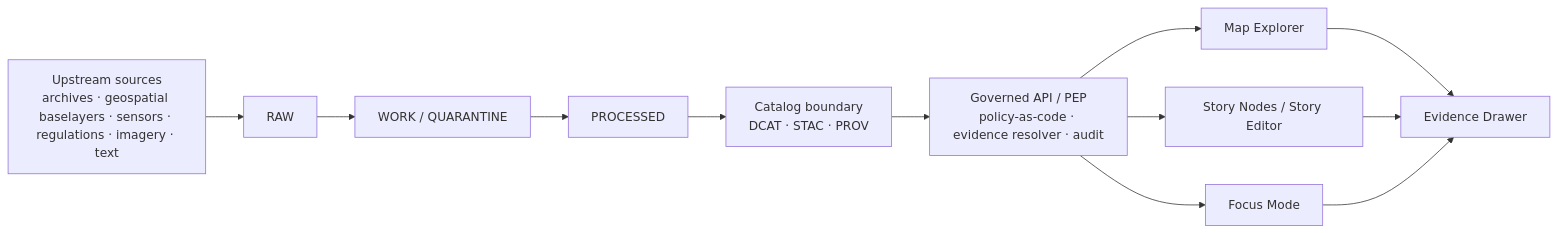
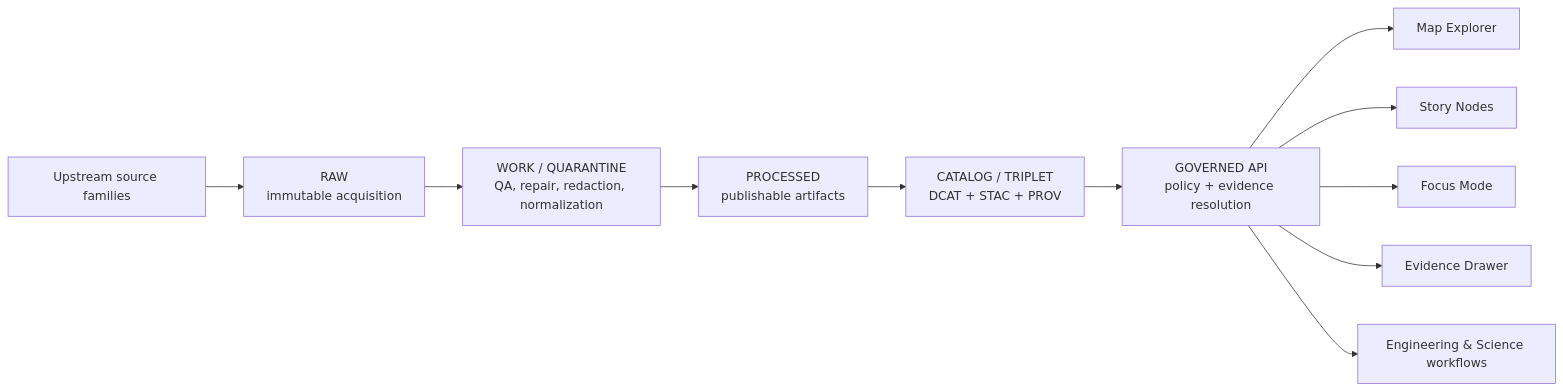
Before and after one commit to bartytime4life/Kansas-Frontier-Matrix: the diagram in README.md, drawn with Mermaid. The commit also changed other lines of this file, not shown here.

````diff
--- a/README.md
+++ b/README.md
@@ -239,14 +92,13 @@
 ```mermaid
 flowchart LR
-    A[Upstream sources<br/>archives · geospatial baselayers · sensors · regulations · imagery · text] --> B[RAW]
-    B --> C[WORK / QUARANTINE]
-    C --> D[PROCESSED]
-    D --> E[Catalog boundary<br/>DCAT · STAC · PROV]
-    E --> F[Governed API / PEP<br/>policy-as-code · evidence resolver · audit]
+    A[Upstream source families] --> B[RAW<br/>immutable acquisition]
+    B --> C[WORK / QUARANTINE<br/>QA, repair, redaction, normalization]
+    C --> D[PROCESSED<br/>publishable artifacts]
+    D --> E[CATALOG / TRIPLET<br/>DCAT + STAC + PROV]
+    E --> F[GOVERNED API<br/>policy + evidence resolution]
     F --> G[Map Explorer]
-    F --> H[Story Nodes / Story Editor]
+    F --> H[Story Nodes]
     F --> I[Focus Mode]
-    G --> J[Evidence Drawer]
-    H --> J
-    I --> J
+    F --> J[Evidence Drawer]
+    F --> K[Engineering & Science workflows]
 ```
````
